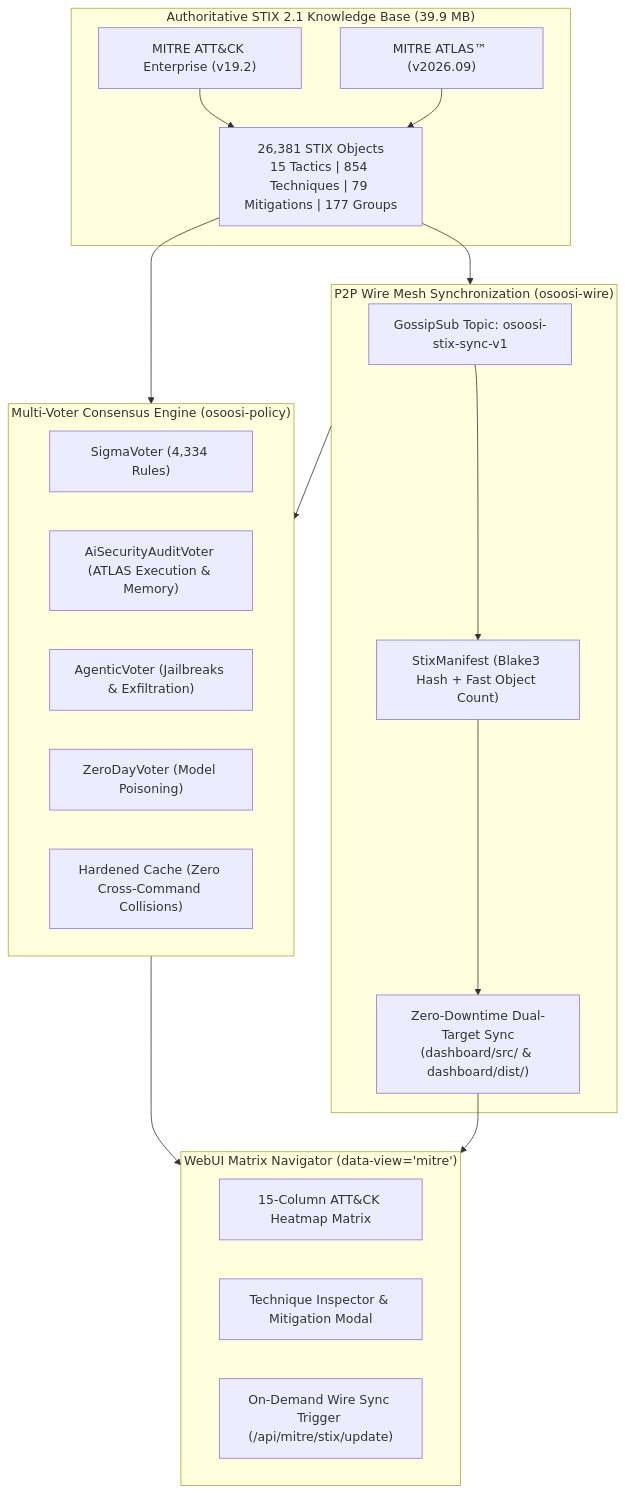
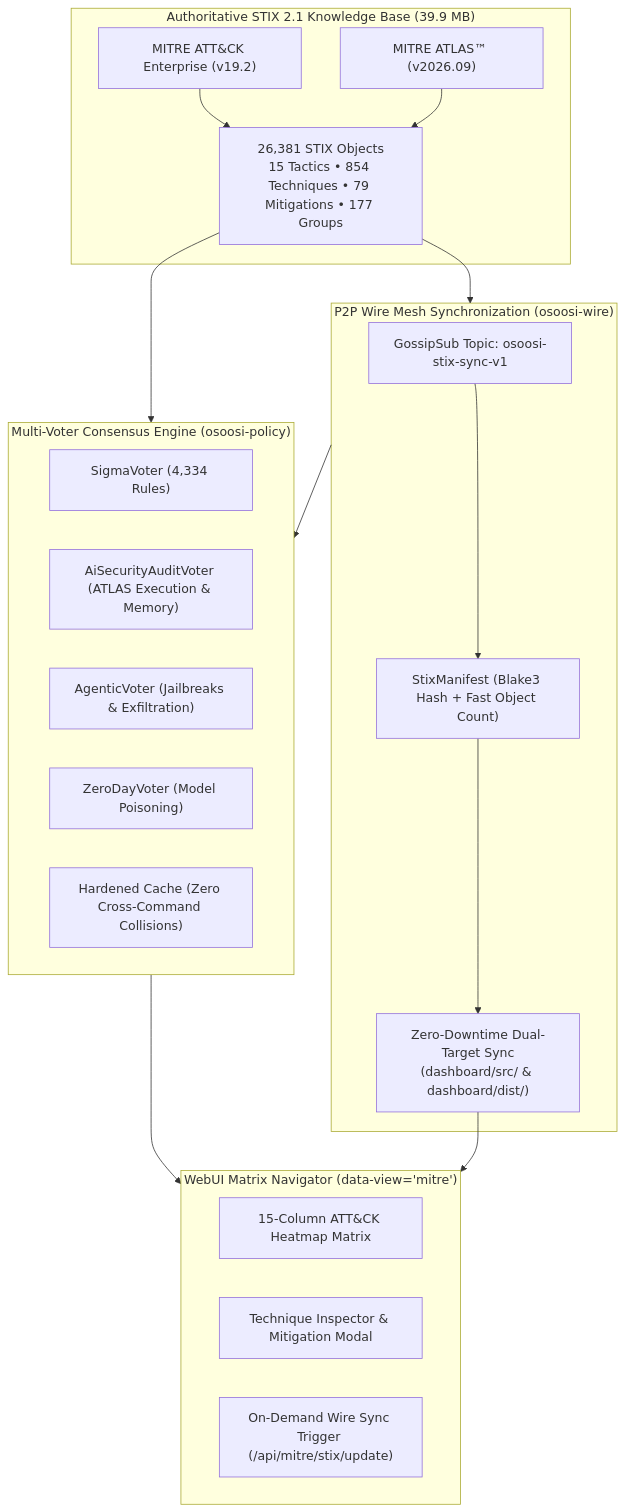
Before and after one commit to oyesanyf/OshoosiClaw: diagram 23 of 33 in README.md, drawn with Mermaid. The commit also changed other lines of this file and 40 other files, not shown here.

````diff
--- a/README.md
+++ b/README.md
@@ -1792,37 +1962,37 @@
 ```mermaid
 graph TD
     subgraph KB["Authoritative STIX 2.1 Knowledge Base (39.9 MB)"]
         S1["MITRE ATT&CK Enterprise (v19.2)"]
         S2["MITRE ATLAS™ (v2026.09)"]
-        STIX["26,381 STIX Objects<br/>15 Tactics | 854 Techniques | 79 Mitigations | 177 Groups"]
+        STIX["26,381 STIX Objects<br/>15 Tactics • 854 Techniques • 79 Mitigations • 177 Groups"]
         S1 --> STIX
         S2 --> STIX
     end
 
     subgraph WIRE["P2P Wire Mesh Synchronization (osoosi-wire)"]
         TOPIC["GossipSub Topic: osoosi-stix-sync-v1"]
         MAN["StixManifest (Blake3 Hash + Fast Object Count)"]
         DUAL["Zero-Downtime Dual-Target Sync<br/>(dashboard/src/ & dashboard/dist/)"]
         TOPIC --> MAN --> DUAL
     end
 
     subgraph ENGINE["Multi-Voter Consensus Engine (osoosi-policy)"]
         SIG["SigmaVoter (4,334 Rules)"]
         AIAUD["AiSecurityAuditVoter (ATLAS Execution & Memory)"]
         AGENT["AgenticVoter (Jailbreaks & Exfiltration)"]
         ZERO["ZeroDayVoter (Model Poisoning)"]
         CACHE["Hardened Cache (Zero Cross-Command Collisions)"]
     end
 
     subgraph WEBUI["WebUI Matrix Navigator (data-view='mitre')"]
         MAT["15-Column ATT&CK Heatmap Matrix"]
         MODAL["Technique Inspector & Mitigation Modal"]
         SYNC_BTN["On-Demand Wire Sync Trigger (/api/mitre/stix/update)"]
     end
 
     STIX --> WIRE
     STIX --> ENGINE
     WIRE --> ENGINE
     ENGINE --> WEBUI
     DUAL --> WEBUI
 ```
````
